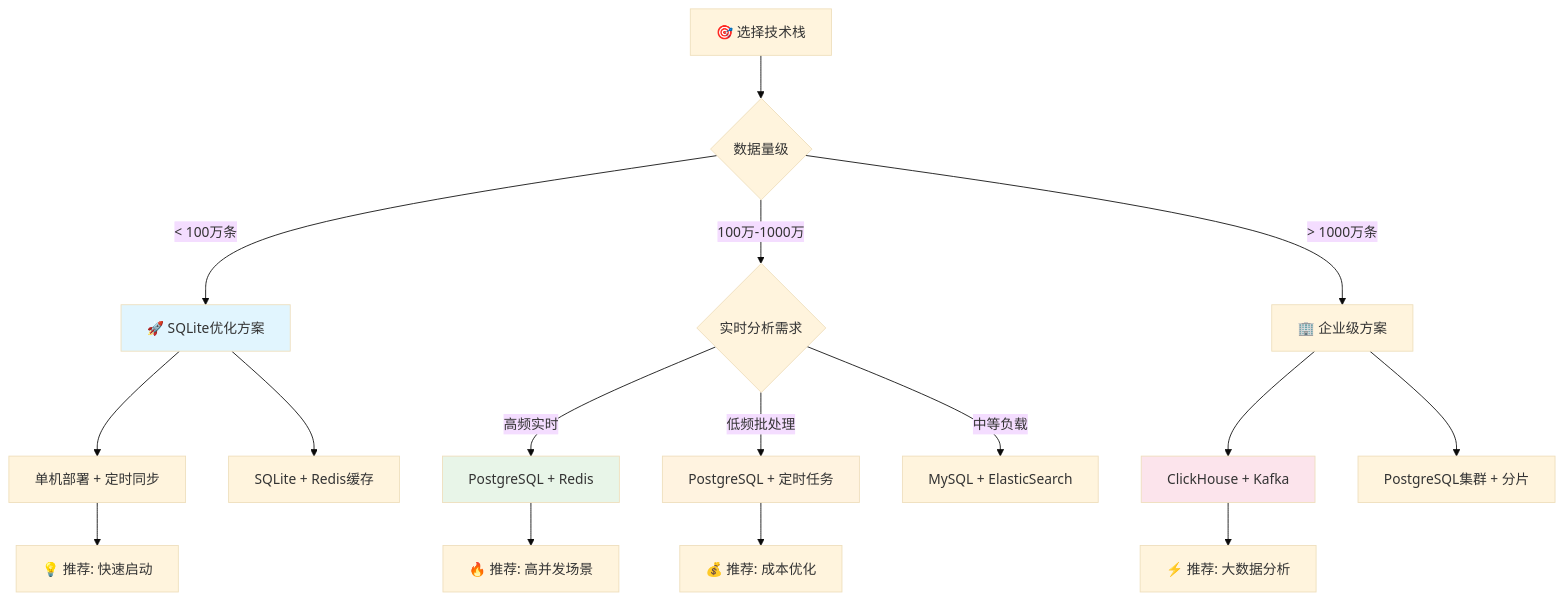
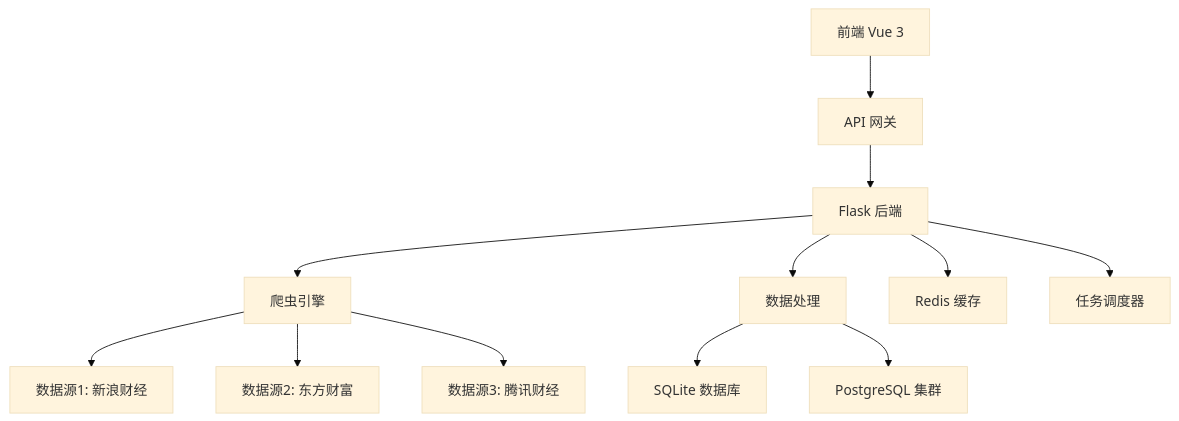
One commit to 139QQ/news_look changed the diagram in README.md. Above: the diagram before and after it, drawn with Mermaid (base theme). The commit also changed other lines of this file, not shown here.

Commit message:
docs: 优化README文件结构与内容 - 按用户角色分层（普通用户 vs 开发者），降低认知成本 - 开篇强化项目定位与价值，突出核心优势和解决痛点 - 增加3分钟快速启动指南，提供零门槛上手体验 - 补充场景化使用示例（投资决策、每日监控、话题追踪） - 新增系统架构图和详细的扩展开发指南 - 添加常见问题FAQ和智能问题排查方案 - 简化冗余信息，从2537行精简至496行 - 统一使用代码块格式，提升可读性和专业性 解决用户反馈的README信息混杂、上手门槛高等问题。

````diff
--- a/README.md
+++ b/README.md
@@ -186,27 +120,14 @@
 ```mermaid
-graph TD
-    A[🎯 选择技术栈] --> B{数据量级}
-    B -->|< 100万条| C[🚀 SQLite优化方案]
-    B -->|100万-1000万| D{实时分析需求}
-    B -->|> 1000万条| E[🏢 企业级方案]
-    
-    C --> C1[单机部署 + 定时同步]
-    C --> C2[SQLite + Redis缓存]
-    
-    D -->|高频实时| F[PostgreSQL + Redis]
-    D -->|低频批处理| G[PostgreSQL + 定时任务]
-    D -->|中等负载| H[MySQL + ElasticSearch]
-    
-    E --> E1[ClickHouse + Kafka]
-    E --> E2[PostgreSQL集群 + 分片]
-    
-    F --> F1[🔥 推荐: 高并发场景]
-    G --> G1[💰 推荐: 成本优化]
-    C1 --> C3[💡 推荐: 快速启动]
-    E1 --> E3[⚡ 推荐: 大数据分析]
-    
-    style C fill:#e1f5fe
-    style F fill:#e8f5e8
-    style G fill:#fff3e0
-    style E1 fill:#fce4ec
+graph TB
+    A[前端 Vue 3] --> B[API 网关]
+    B --> C[Flask 后端]
+    C --> D[爬虫引擎]
+    C --> E[数据处理]
+    D --> F[数据源1: 新浪财经]
+    D --> G[数据源2: 东方财富] 
+    D --> H[数据源3: 腾讯财经]
+    E --> I[SQLite 数据库]
+    E --> J[PostgreSQL 集群]
+    C --> K[Redis 缓存]
+    C --> L[任务调度器]
 ```
````
